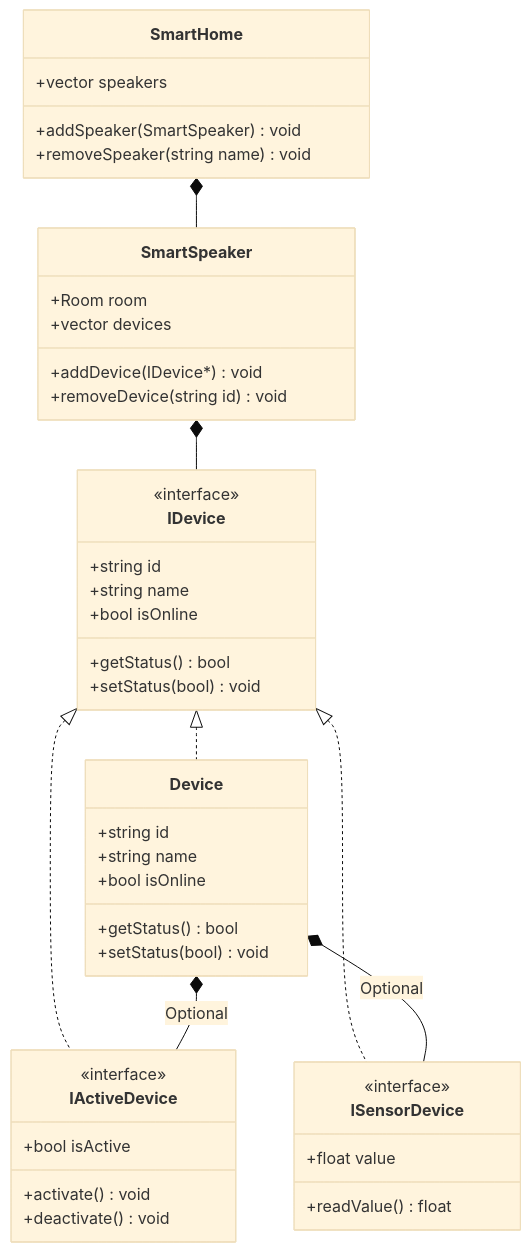
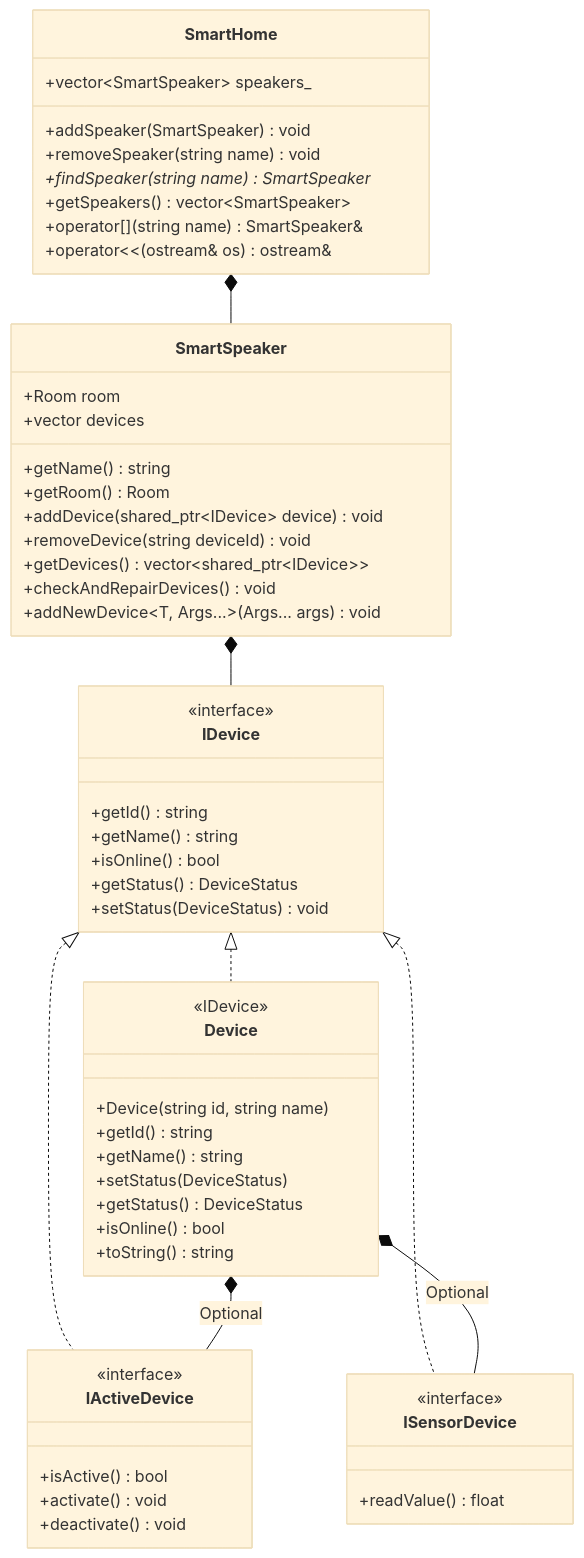
Before and after one commit to r-revel/C_CPP_Project: the first of 2 diagrams in Job_END/smart_home/README.md, drawn with Mermaid (base theme). The commit also changed other lines of this file and 8 other files, not shown here.

````diff
--- a/Job_END/smart_home/README.md
+++ b/Job_END/smart_home/README.md
@@ -39,53 +39,65 @@
 ```mermaid
 classDiagram
     class IDevice {
         <<interface>>
-        +string id
-        +string name
-        +bool isOnline
-        +getStatus() bool
-        +setStatus(bool) void
+        +getId() string
+        +getName() string
+        +isOnline() bool
+        +getStatus() DeviceStatus
+        +setStatus(DeviceStatus) void
     }
 
     class IActiveDevice {
         <<interface>>
-        +bool isActive
+        +isActive() bool
         +activate() void
         +deactivate() void
     }
 
     class ISensorDevice {
         <<interface>>
-        +float value
         +readValue() float
     }
 
     class Device {
-        +string id
-        +string name
-        +bool isOnline
-        +getStatus() bool
-        +setStatus(bool) void
+        <<IDevice>>
+        +Device(string id, string name)
+        +getId() string
+        +getName() string
+        +setStatus(DeviceStatus)
+        +getStatus() DeviceStatus
+        +isOnline() bool
+        +toString() string
     }
 
     class SmartSpeaker {
         +Room room
         +vector<IDevice*> devices
-        +addDevice(IDevice*) void
-        +removeDevice(string id) void
+
+        +getName() string
+        +getRoom() Room
+        +addDevice(shared_ptr~IDevice~ device) void
+        +removeDevice(string deviceId) void
+        +getDevices() vector~shared_ptr~IDevice~~
+        +checkAndRepairDevices() void
+        +addNewDevice~T, Args...~(Args... args) void
     }
 
     class SmartHome {
-        +vector<SmartSpeaker> speakers
+        +vector~SmartSpeaker~ speakers_
         +addSpeaker(SmartSpeaker) void
         +removeSpeaker(string name) void
+        +findSpeaker(string name) SmartSpeaker*
+        +getSpeakers() vector~SmartSpeaker~
+        +operator[](string name) SmartSpeaker&
+        +operator<<(ostream& os) ostream&
     }
 
     IDevice <|.. Device
     IDevice <|.. IActiveDevice
     IDevice <|.. ISensorDevice
     Device *-- IActiveDevice : Optional
     Device *-- ISensorDevice : Optional
     SmartSpeaker *-- IDevice
     SmartHome *-- SmartSpeaker
 ```
````
